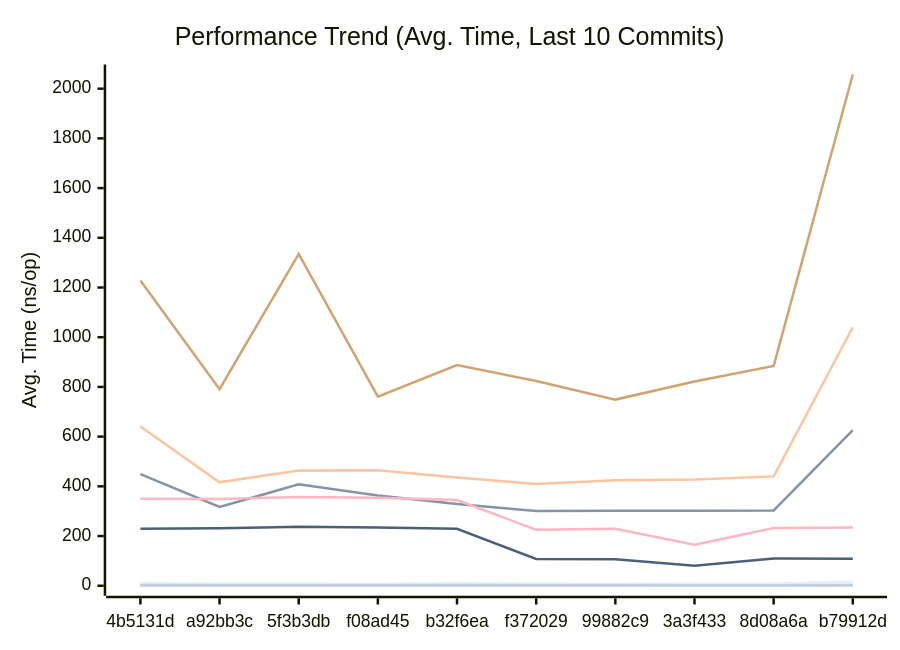
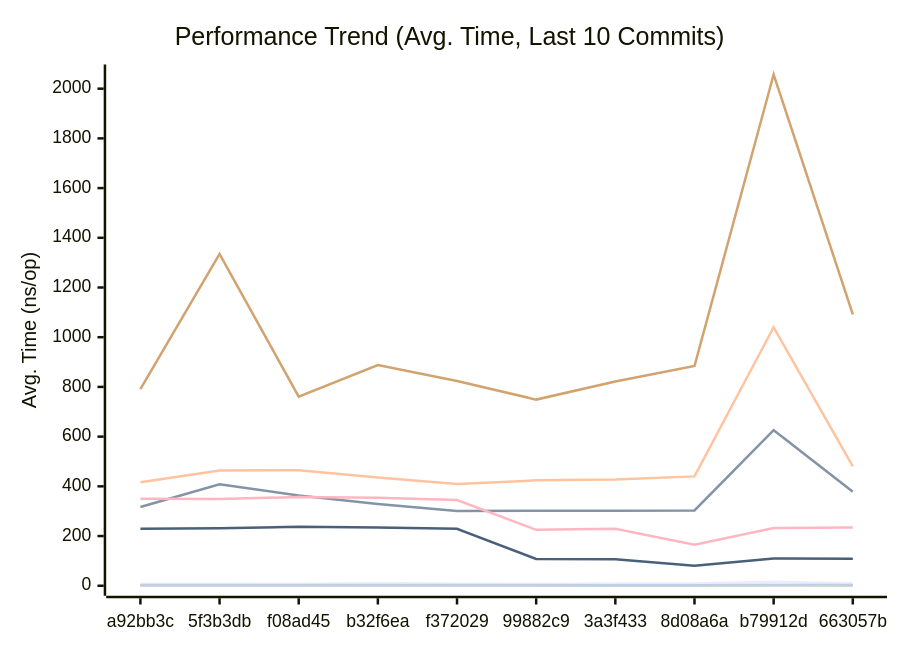
The first of 3 diagrams in docs/PERFORMANCE.md (alsotoes/momo), drawn with Mermaid before and after one commit. The commit also changed other lines of this file and 4 other files, not shown here.

````diff
--- a/docs/PERFORMANCE.md
+++ b/docs/PERFORMANCE.md
@@ -80,16 +80,16 @@
 ```mermaid
 xychart-beta
     title "Performance Trend (Avg. Time, Last 10 Commits)"
     x-axis "Commit"
     y-axis "Avg. Time (ns/op)"
-    x-axis [4b5131d,a92bb3c,5f3b3db,f08ad45,b32f6ea,f372029,99882c9,3a3f433,8d08a6a,b79912d]
-    line "CheckMetricsAndSwap" [11,8,8,7,11,8,7,9,9,16]
-    line "CrushOptimized" [449,317,408,363,329,301,302,302,303,626]
-    line "CrushOriginal" [641,416,464,465,436,409,424,427,440,1040]
-    line "IndexDirectTracking" [0,0,0,0,1,0,0,0,0,1]
-    line "IndexSearch" [3,3,3,3,3,3,3,2,2,3]
-    line "LoadGlobalConfig" [1228,791,1335,761,888,824,749,822,884,2057]
-    line "PadString" [2,2,2,2,2,2,2,2,2,3]
+    x-axis [a92bb3c,5f3b3db,f08ad45,b32f6ea,f372029,99882c9,3a3f433,8d08a6a,b79912d,663057b]
+    line "CheckMetricsAndSwap" [8,8,7,11,8,7,9,9,16,10]
+    line "CrushOptimized" [317,408,363,329,301,302,302,303,626,378]
+    line "CrushOriginal" [416,464,465,436,409,424,427,440,1040,480]
+    line "IndexDirectTracking" [0,0,0,1,0,0,0,0,1,1]
+    line "IndexSearch" [3,3,3,3,3,3,2,2,3,2]
+    line "LoadGlobalConfig" [791,1335,761,888,824,749,822,884,2057,1092]
+    line "PadString" [2,2,2,2,2,2,2,2,3,3]
     line "ParseReplicationOrder_NoPrealloc" [350,349,357,354,345,225,229,165,232,234]
     line "ParseReplicationOrder_Prealloc" [229,231,237,234,229,108,107,80,110,109]
 ```
````
